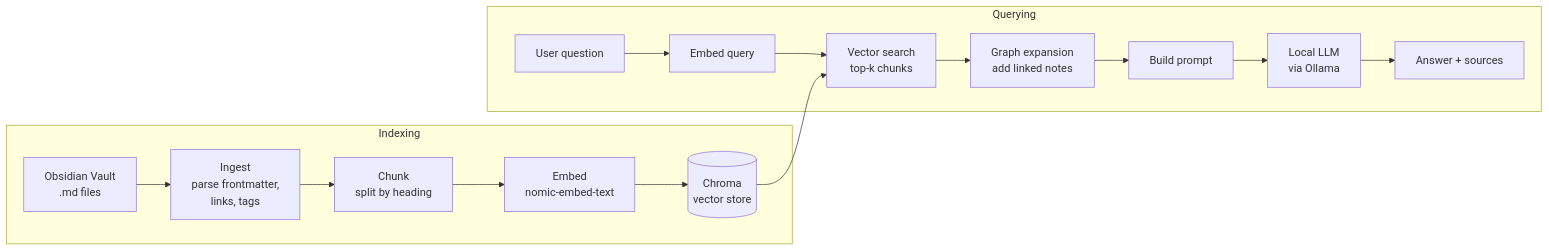
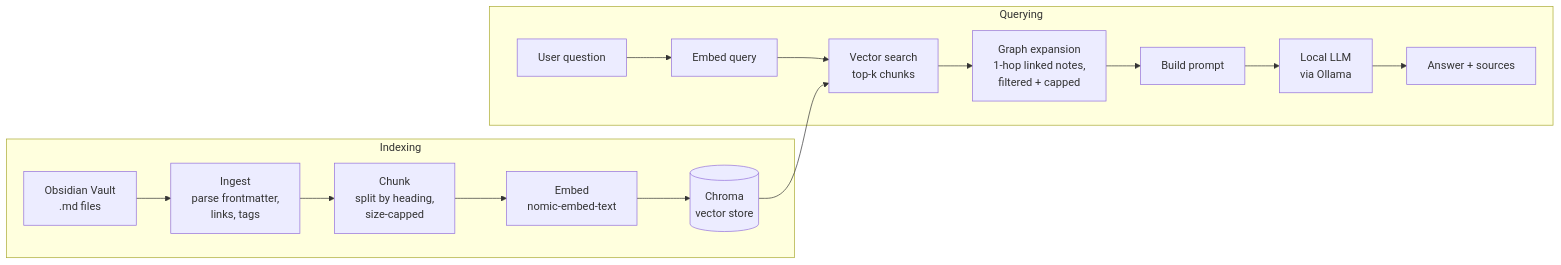
The diagram in README.md (aaronyalong/Oracle), drawn with Mermaid before and after one commit. The commit also changed other lines of this file, not shown here.

````diff
--- a/README.md
+++ b/README.md
@@ -16,19 +16,19 @@
 ```mermaid
 flowchart LR
     subgraph Indexing
         V[Obsidian Vault<br/>.md files] --> I[Ingest<br/>parse frontmatter,<br/>links, tags]
-        I --> C[Chunk<br/>split by heading]
+        I --> C[Chunk<br/>split by heading,<br/>size-capped]
         C --> E1[Embed<br/>nomic-embed-text]
         E1 --> DB[(Chroma<br/>vector store)]
     end
 
     subgraph Querying
         Q[User question] --> E2[Embed query]
         E2 --> R[Vector search<br/>top-k chunks]
         DB --> R
-        R --> G[Graph expansion<br/>add linked notes]
+        R --> G[Graph expansion<br/>1-hop linked notes,<br/>filtered + capped]
         G --> P[Build prompt]
         P --> L[Local LLM<br/>via Ollama]
         L --> A[Answer + sources]
     end
 ```
````
